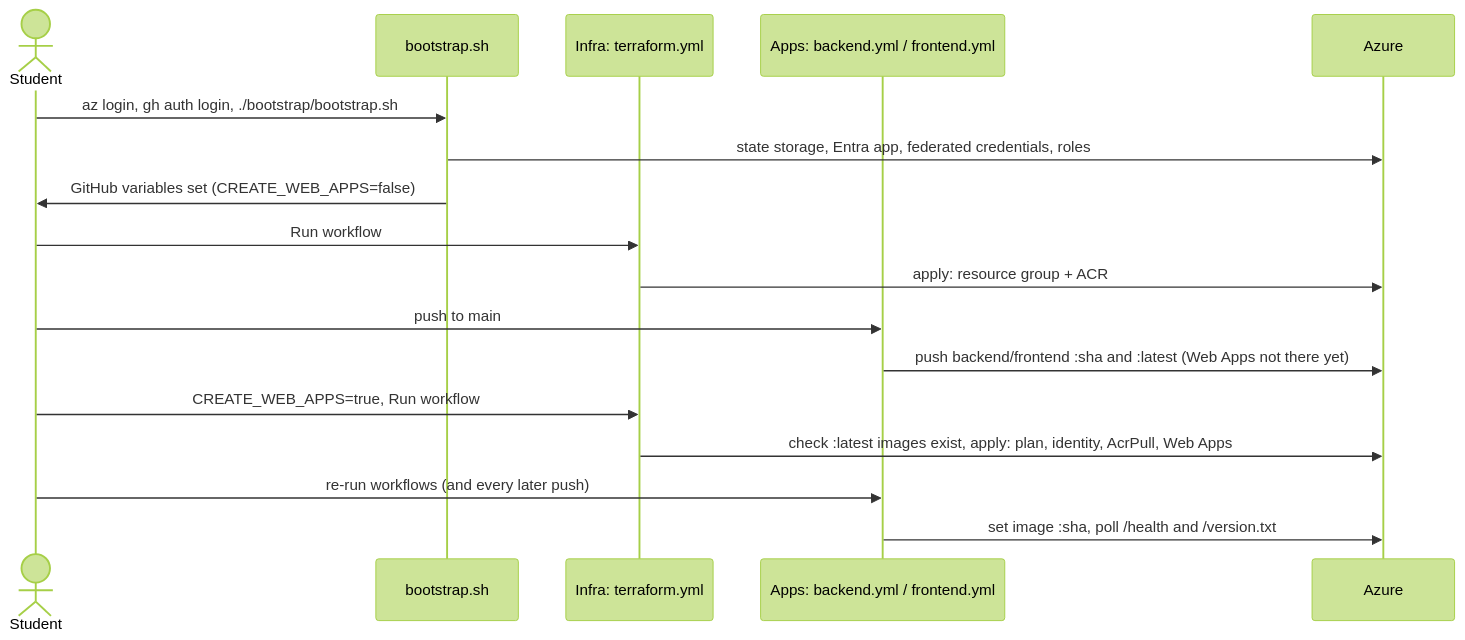
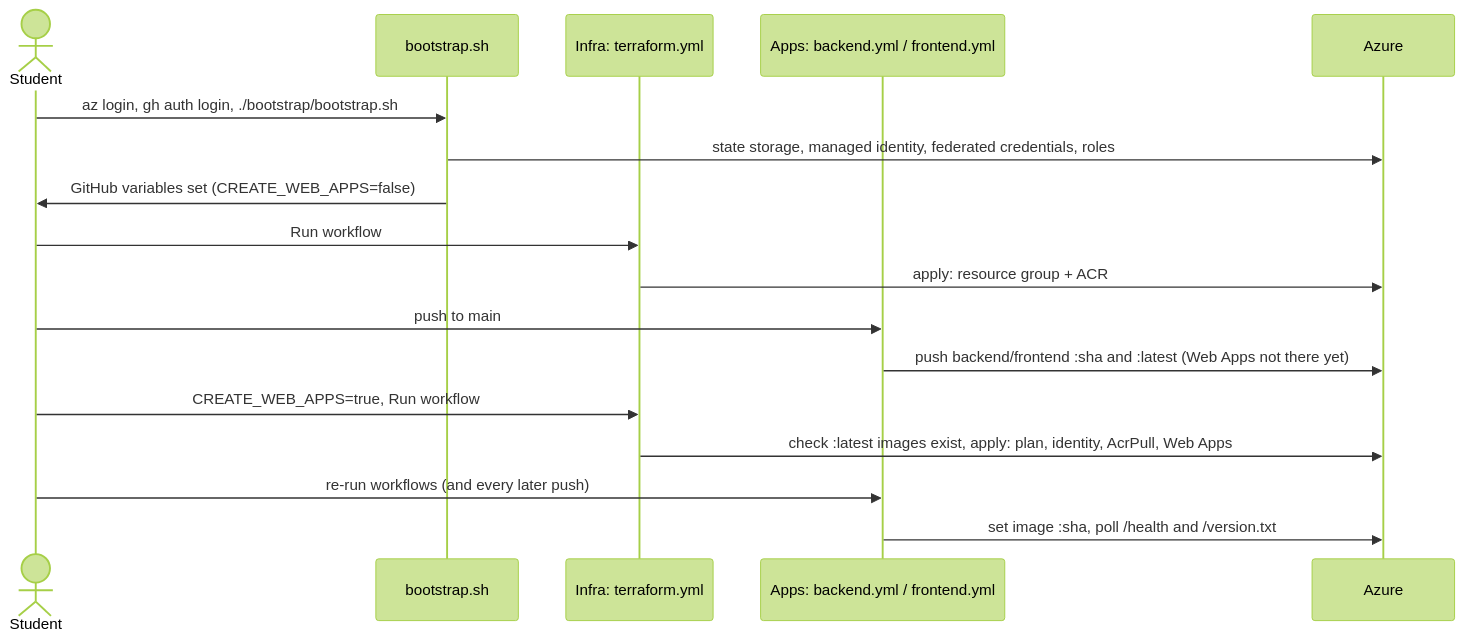
Before and after one commit to agi1clj/CC2026_DS_Infra: the third of 3 diagrams in docs/architecture.md, drawn with Mermaid (forest theme). The commit also changed other lines of this file and 5 other files, not shown here.

First line of the commit message:
feat(bootstrap): use a user-assigned managed identity for GitHub Actions

````diff
--- a/docs/architecture.md
+++ b/docs/architecture.md
@@ -86,20 +83,20 @@
 ```mermaid
 sequenceDiagram
     actor S as Student
     participant B as bootstrap.sh
     participant TF as Infra: terraform.yml
     participant AP as Apps: backend.yml / frontend.yml
     participant AZ as Azure
 
     S->>B: az login, gh auth login, ./bootstrap/bootstrap.sh
-    B->>AZ: state storage, Entra app, federated credentials, roles
+    B->>AZ: state storage, managed identity, federated credentials, roles
     B->>S: GitHub variables set (CREATE_WEB_APPS=false)
     S->>TF: Run workflow
     TF->>AZ: apply: resource group + ACR
     S->>AP: push to main
     AP->>AZ: push backend/frontend :sha and :latest (Web Apps not there yet)
     S->>TF: CREATE_WEB_APPS=true, Run workflow
     TF->>AZ: check :latest images exist, apply: plan, identity, AcrPull, Web Apps
     S->>AP: re-run workflows (and every later push)
     AP->>AZ: set image :sha, poll /health and /version.txt
 ```
````
